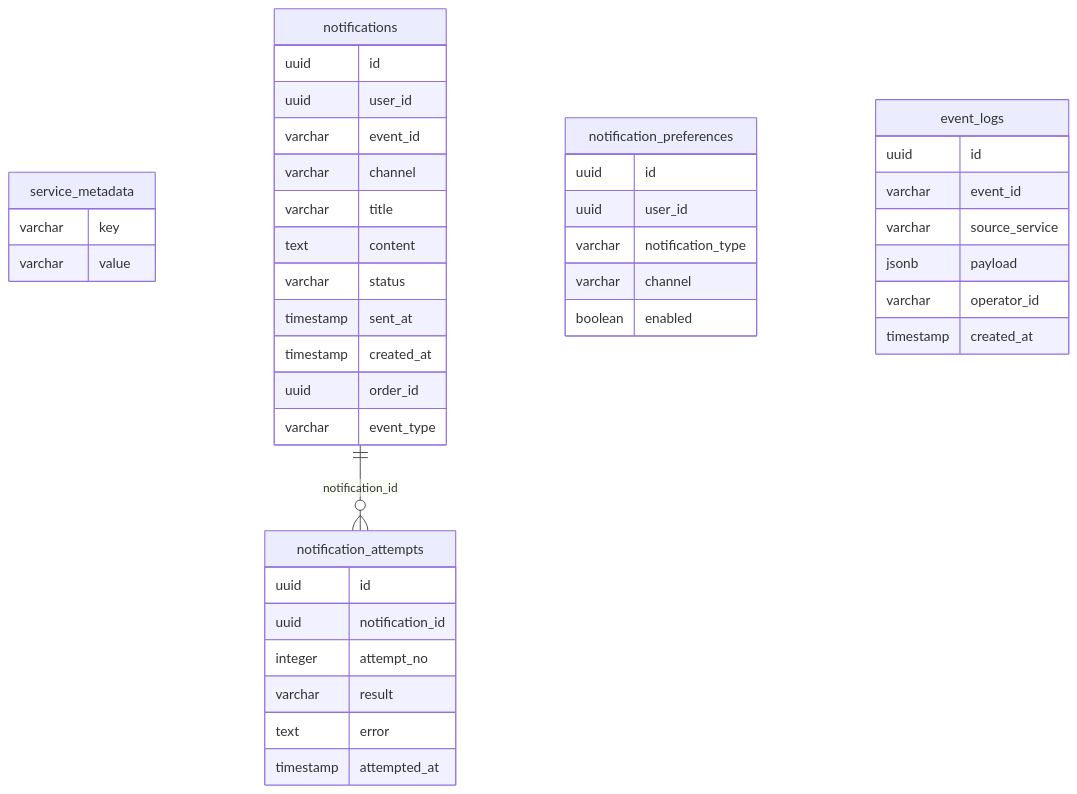
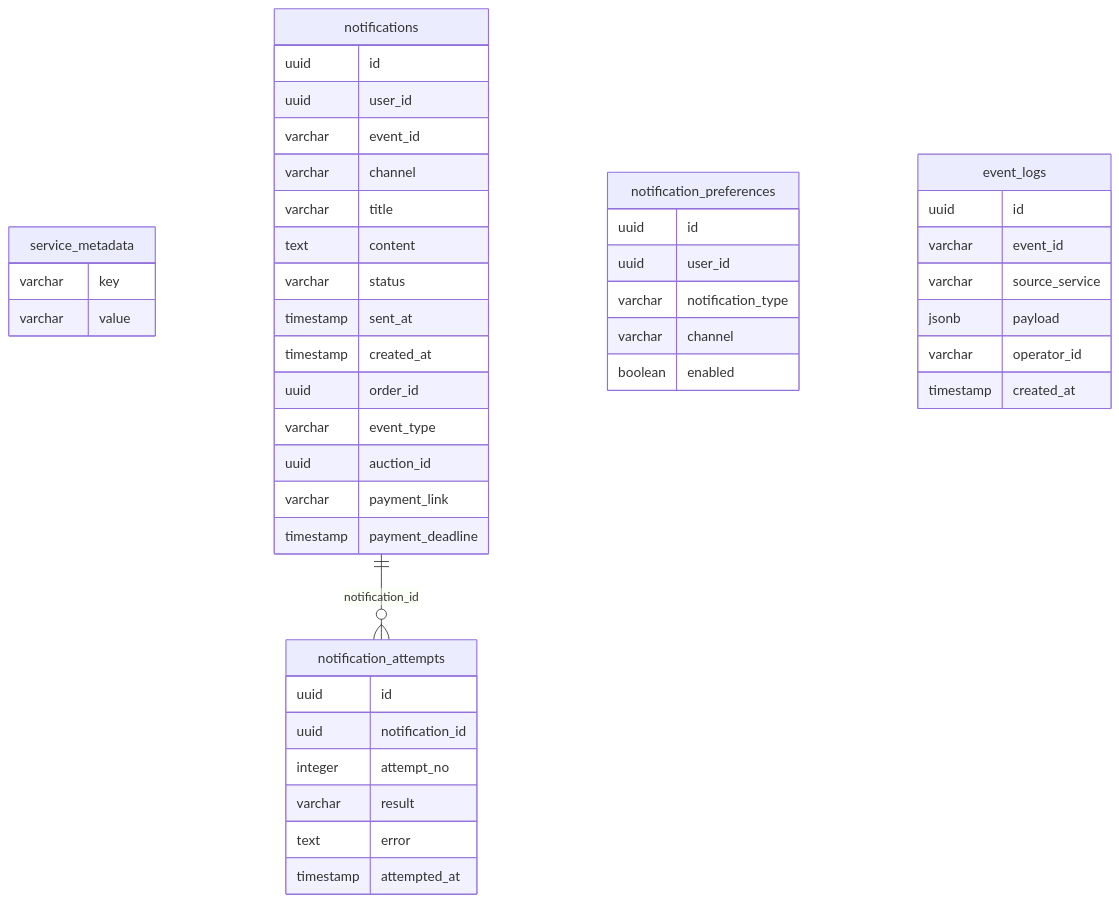
Before and after one commit to harry-leon/e-commerce-auction: the sixth of 7 diagrams in docs/database/ERD.md, drawn with Mermaid. The commit also changed other lines of this file, not shown here.

Commit message:
docs(database): sync ERD with merged Flyway migrations

````diff
--- a/docs/database/ERD.md
+++ b/docs/database/ERD.md
@@ -428,44 +440,47 @@
 ```mermaid
 erDiagram
   service_metadata {
     varchar key
     varchar value
   }
   notifications {
     uuid id
     uuid user_id
     varchar event_id
     varchar channel
     varchar title
     text content
     varchar status
     timestamp sent_at
     timestamp created_at
     uuid order_id
     varchar event_type
+    uuid auction_id
+    varchar payment_link
+    timestamp payment_deadline
   }
   notification_attempts {
     uuid id
     uuid notification_id
     integer attempt_no
     varchar result
     text error
     timestamp attempted_at
   }
   notification_preferences {
     uuid id
     uuid user_id
     varchar notification_type
     varchar channel
     boolean enabled
   }
   event_logs {
     uuid id
     varchar event_id
     varchar source_service
     jsonb payload
     varchar operator_id
     timestamp created_at
   }
   notifications ||--o{ notification_attempts : notification_id
 ```
````
